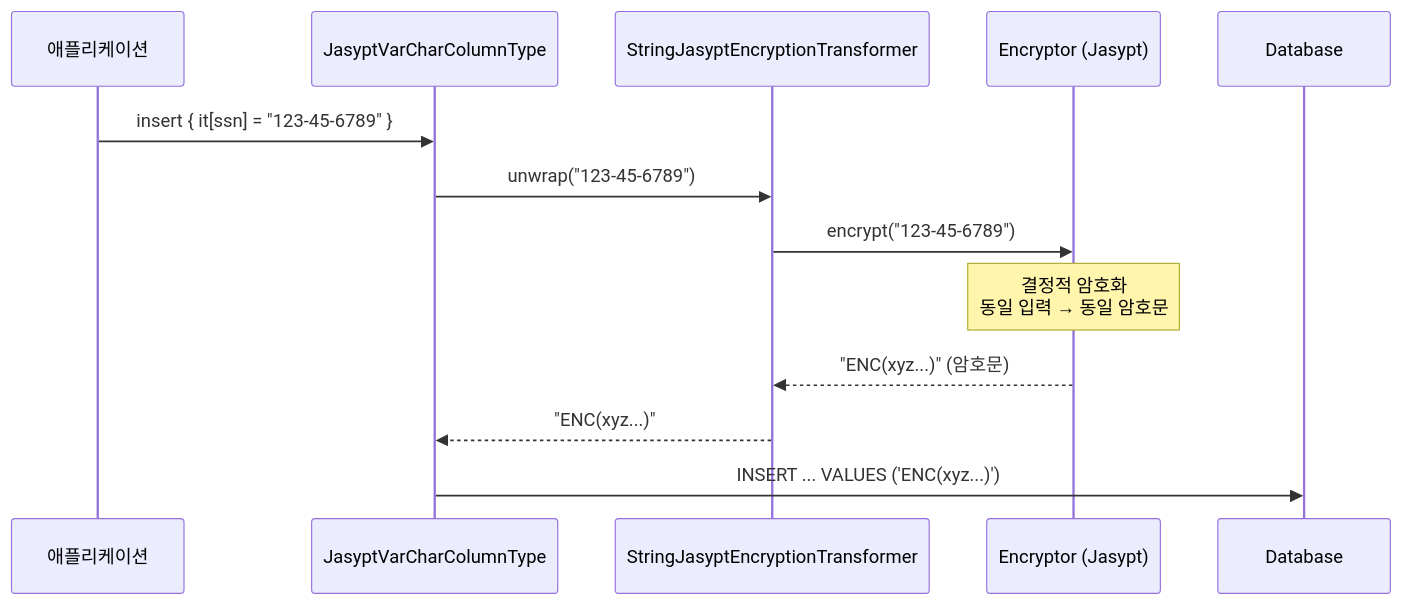
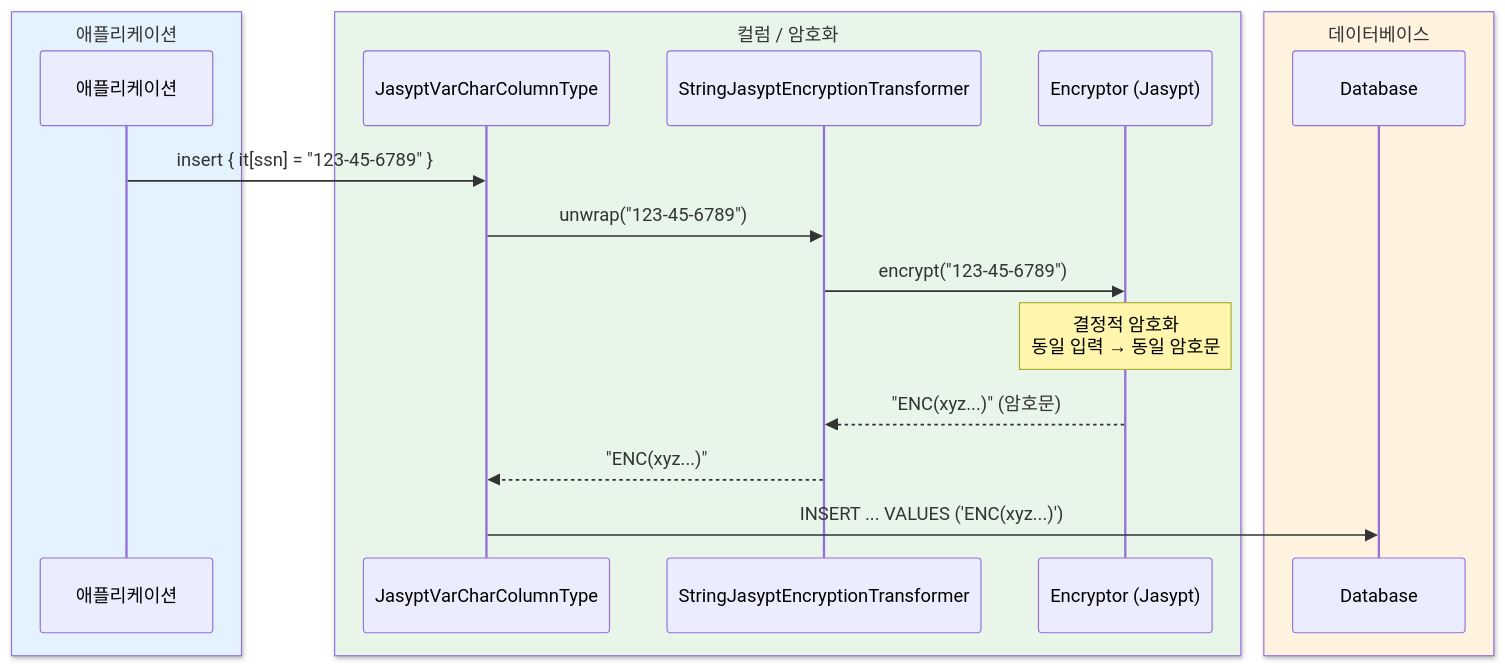
Before and after one commit to bluetape4k/bluetape4k-projects: the third of 4 diagrams in data/exposed-jasypt/README.ko.md, drawn with Mermaid. The commit also changed other lines of this file and 221 other files, not shown here.

First line of the commit message:
docs: 전체 모듈 README UML 다이어그램 보강 및 색상 업그레이드

````diff
--- a/data/exposed-jasypt/README.ko.md
+++ b/data/exposed-jasypt/README.ko.md
@@ -172,16 +184,22 @@
 ```mermaid
 sequenceDiagram
-    participant App as 애플리케이션
-    participant Col as JasyptVarCharColumnType
-    participant Tx as StringJasyptEncryptionTransformer
-    participant Enc as Encryptor (Jasypt)
-    participant DB as Database
+    box rgb(227, 242, 253) 애플리케이션
+        participant App as 애플리케이션
+    end
+    box rgb(232, 245, 233) 컬럼 / 암호화
+        participant Col as JasyptVarCharColumnType
+        participant Tx as StringJasyptEncryptionTransformer
+        participant Enc as Encryptor (Jasypt)
+    end
+    box rgb(255, 243, 224) 데이터베이스
+        participant DB as Database
+    end
 
     App->>Col: insert { it[ssn] = "123-45-6789" }
     Col->>Tx: unwrap("123-45-6789")
     Tx->>Enc: encrypt("123-45-6789")
     Note over Enc: 결정적 암호화<br/>동일 입력 → 동일 암호문
     Enc-->>Tx: "ENC(xyz...)" (암호문)
     Tx-->>Col: "ENC(xyz...)"
     Col->>DB: INSERT ... VALUES ('ENC(xyz...)')
 ```
````
